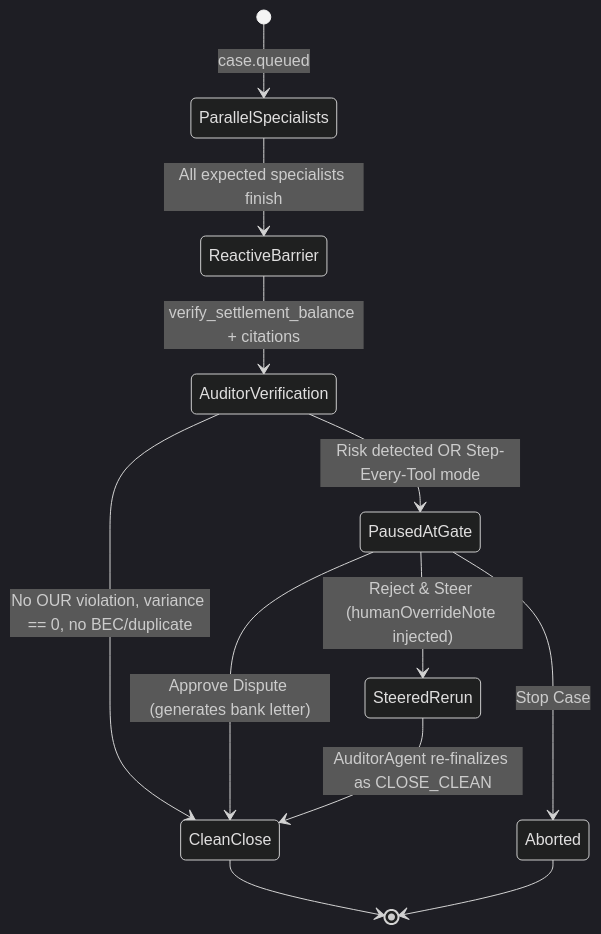
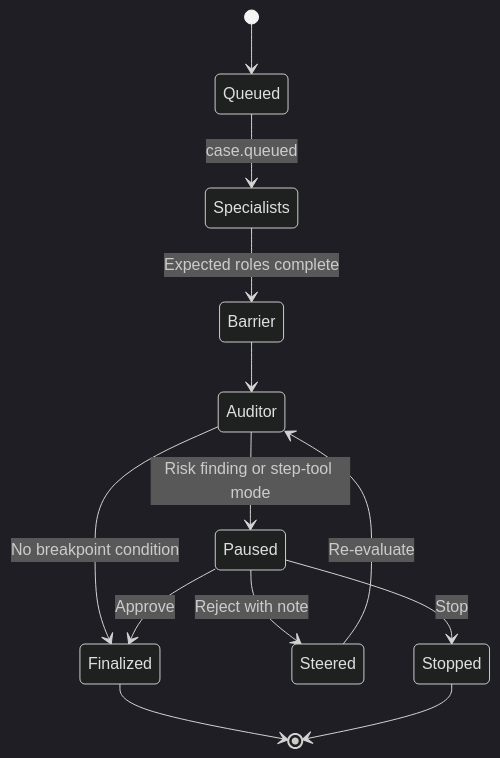
Before and after one commit to sainibhaowal/Corridor-Audit: the diagram in docs/Case Study/04-mozaik-4-plus-1-agents.md, drawn with Mermaid (dark theme). The commit also changed other lines of this file and 9 other files, not shown here.

````diff
--- a/docs/Case Study/04-mozaik-4-plus-1-agents.md
+++ b/docs/Case Study/04-mozaik-4-plus-1-agents.md
@@ -32,14 +19,15 @@
 ```mermaid
 stateDiagram-v2
-    [*] --> ParallelSpecialists: case.queued
-    ParallelSpecialists --> ReactiveBarrier: All expected specialists finish
-    ReactiveBarrier --> AuditorVerification: verify_settlement_balance + citations
-    AuditorVerification --> CleanClose: No OUR violation, variance == 0, no BEC/duplicate
-    AuditorVerification --> PausedAtGate: Risk detected OR Step-Every-Tool mode
-    PausedAtGate --> CleanClose: Approve Dispute (generates bank letter)
-    PausedAtGate --> SteeredRerun: Reject & Steer (humanOverrideNote injected)
-    SteeredRerun --> CleanClose: AuditorAgent re-finalizes as CLOSE_CLEAN
-    PausedAtGate --> Aborted: Stop Case
-    CleanClose --> [*]
-    Aborted --> [*]
+    [*] --> Queued
+    Queued --> Specialists: case.queued
+    Specialists --> Barrier: Expected roles complete
+    Barrier --> Auditor
+    Auditor --> Finalized: No breakpoint condition
+    Auditor --> Paused: Risk finding or step-tool mode
+    Paused --> Finalized: Approve
+    Paused --> Steered: Reject with note
+    Steered --> Auditor: Re-evaluate
+    Paused --> Stopped: Stop
+    Finalized --> [*]
+    Stopped --> [*]
 ```
````
